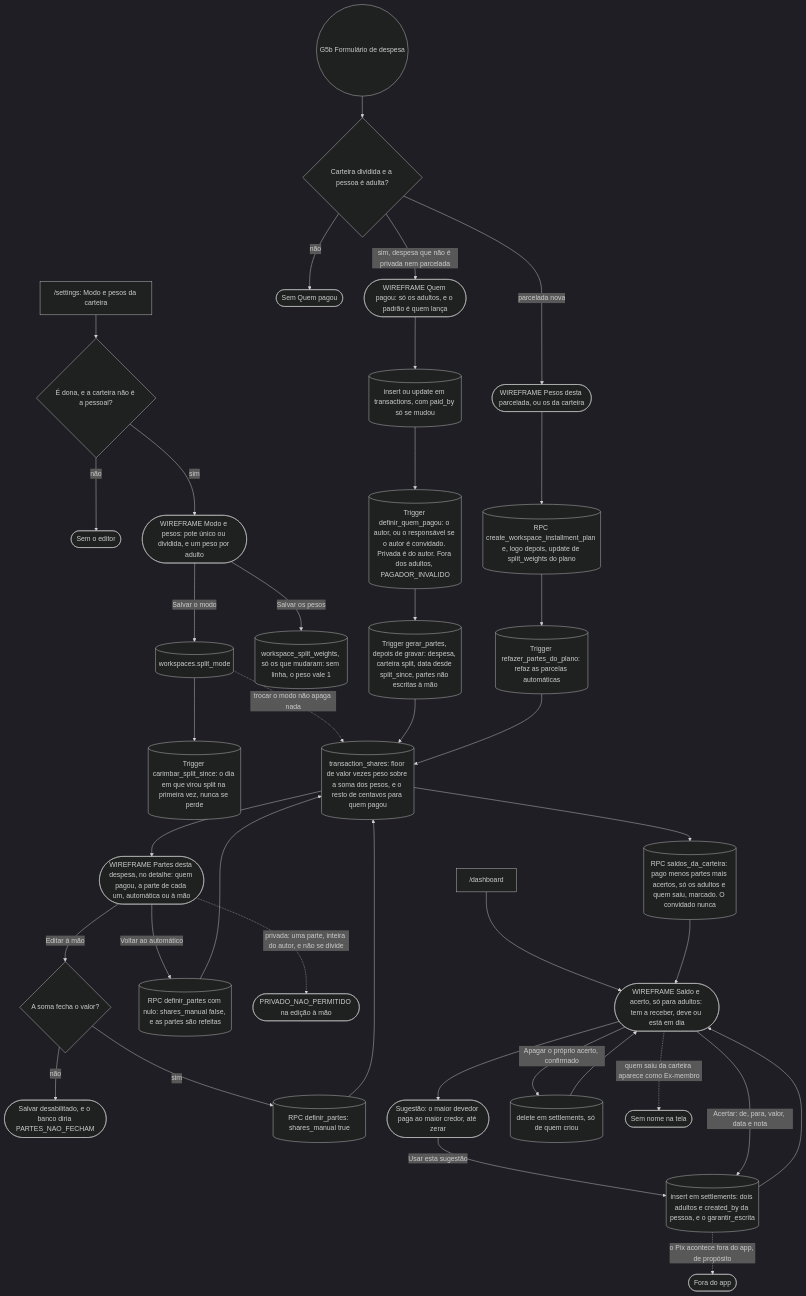
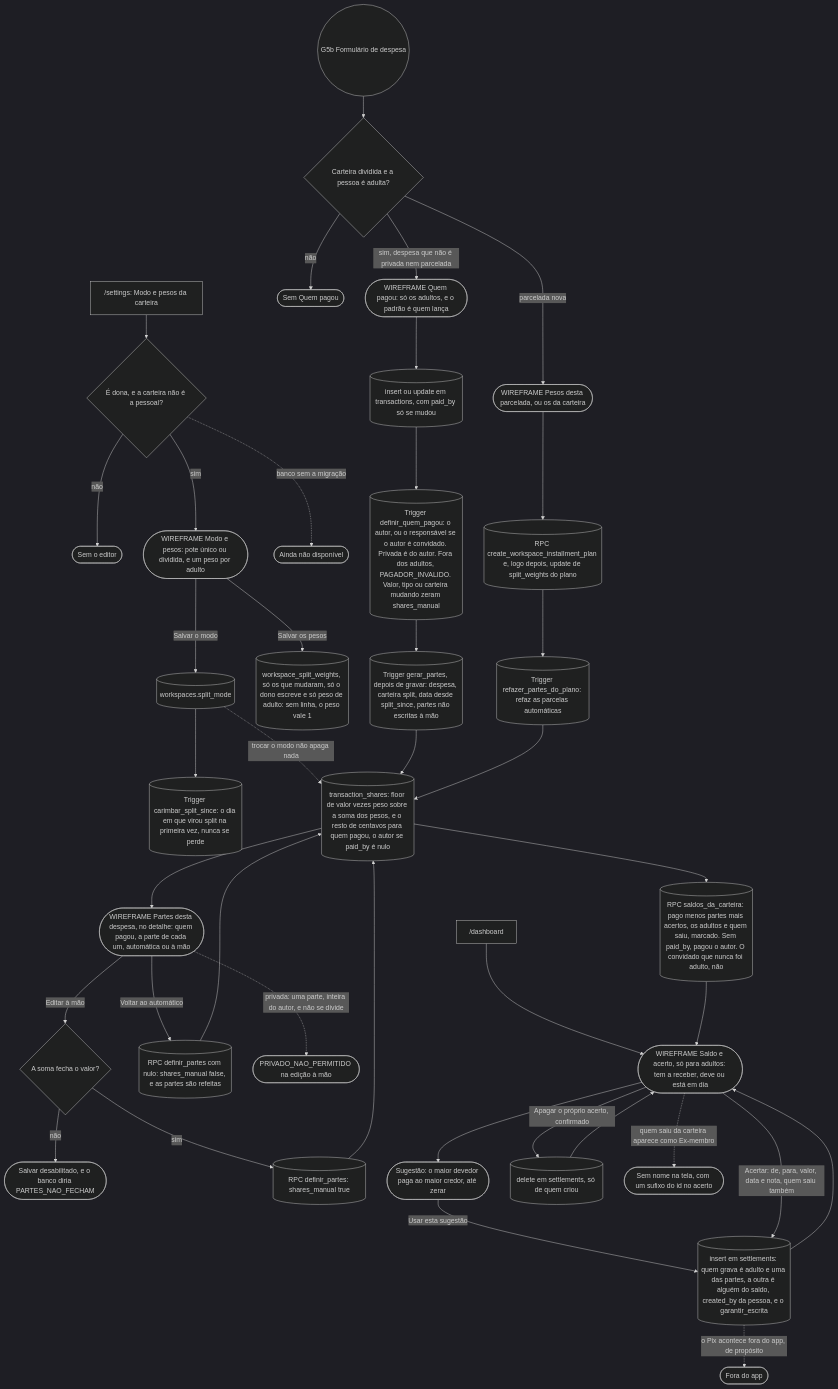
One commit to kauax2000/finance_app changed diagram 29 of 29 in docs/JORNADAS.md. Above: the diagram before and after it, drawn with Mermaid. The commit also changed other lines of this file and 13 other files, not shown here.

````diff
--- a/docs/JORNADAS.md
+++ b/docs/JORNADAS.md
@@ -1892,44 +1892,45 @@
 ```mermaid
 %%{init: {"theme": "dark"}}%%
 flowchart TD
     config["/settings: Modo e pesos da carteira"] --> dono{"É dona, e a carteira não é a pessoal?"}
     dono -->|"não"| semModo(["Sem o editor"])
     dono -->|"sim"| modo(["WIREFRAME Modo e pesos: pote único ou dividida, e um peso por adulto"])
     modo -->|"Salvar o modo"| modoDb[("workspaces.split_mode")]
     modoDb --> since[("Trigger carimbar_split_since: o dia em que virou split na primeira vez, nunca se perde")]
-    modo -->|"Salvar os pesos"| pesosDb[("workspace_split_weights, só os que mudaram: sem linha, o peso vale 1")]
+    dono -.->|"banco sem a migração"| semMig(["Ainda não disponível"])
+    modo -->|"Salvar os pesos"| pesosDb[("workspace_split_weights, só os que mudaram, só o dono escreve e só peso de adulto: sem linha, o peso vale 1")]
     modoDb -.->|"trocar o modo não apaga nada"| partesDb
 
     form(("G5b Formulário de despesa")) --> divide{"Carteira dividida e a pessoa é adulta?"}
     divide -->|"não"| semQuem(["Sem Quem pagou"])
     divide -->|"sim, despesa que não é privada nem parcelada"| quem(["WIREFRAME Quem pagou: só os adultos, e o padrão é quem lança"])
     quem --> salvar[("insert ou update em transactions, com paid_by só se mudou")]
     divide -->|"parcelada nova"| pesosPlano(["WIREFRAME Pesos desta parcelada, ou os da carteira"])
     pesosPlano --> plano[("RPC create_workspace_installment_plan e, logo depois, update de split_weights do plano")]
     plano --> planoTrg[("Trigger refazer_partes_do_plano: refaz as parcelas automáticas")]
-    salvar --> pagoTrg[("Trigger definir_quem_pagou: o autor, ou o responsável se o autor é convidado. Privada é do autor. Fora dos adultos, PAGADOR_INVALIDO")]
+    salvar --> pagoTrg[("Trigger definir_quem_pagou: o autor, ou o responsável se o autor é convidado. Privada é do autor. Fora dos adultos, PAGADOR_INVALIDO. Valor, tipo ou carteira mudando zeram shares_manual")]
     pagoTrg --> partesTrg[("Trigger gerar_partes, depois de gravar: despesa, carteira split, data desde split_since, partes não escritas à mão")]
-    partesTrg --> partesDb[("transaction_shares: floor de valor vezes peso sobre a soma dos pesos, e o resto de centavos para quem pagou")]
+    partesTrg --> partesDb[("transaction_shares: floor de valor vezes peso sobre a soma dos pesos, e o resto de centavos para quem pagou, o autor se paid_by é nulo")]
     planoTrg --> partesDb
 
     partesDb --> detalhe(["WIREFRAME Partes desta despesa, no detalhe: quem pagou, a parte de cada um, automática ou à mão"])
     detalhe -->|"Editar à mão"| soma{"A soma fecha o valor?"}
     soma -->|"não"| naoFecha(["Salvar desabilitado, e o banco diria PARTES_NAO_FECHAM"])
     soma -->|"sim"| definir[("RPC definir_partes: shares_manual true")]
     detalhe -->|"Voltar ao automático"| auto[("RPC definir_partes com nulo: shares_manual false, e as partes são refeitas")]
     detalhe -.->|"privada: uma parte, inteira do autor, e não se divide"| bloqueio(["PRIVADO_NAO_PERMITIDO na edição à mão"])
     definir --> partesDb
     auto --> partesDb
 
     painel["/dashboard"] --> saldo(["WIREFRAME Saldo e acerto, só para adultos: tem a receber, deve ou está em dia"])
-    partesDb --> saldoRpc[("RPC saldos_da_carteira: pago menos partes mais acertos, só os adultos e quem saiu, marcado. O convidado nunca")]
+    partesDb --> saldoRpc[("RPC saldos_da_carteira: pago menos partes mais acertos, os adultos e quem saiu, marcado. Sem paid_by, pagou o autor. O convidado que nunca foi adulto, não")]
     saldoRpc --> saldo
     saldo --> sugestao(["Sugestão: o maior devedor paga ao maior credor, até zerar"])
     sugestao -->|"Usar esta sugestão"| acertar
-    saldo -->|"Acertar: de, para, valor, data e nota"| acertar[("insert em settlements: dois adultos e created_by da pessoa, e o garantir_escrita")]
+    saldo -->|"Acertar: de, para, valor, data e nota, quem saiu também"| acertar[("insert em settlements: quem grava é adulto e uma das partes, a outra é alguém do saldo, created_by da pessoa, e o garantir_escrita")]
     acertar --> saldo
     saldo -->|"Apagar o próprio acerto, confirmado"| apagar[("delete em settlements, só de quem criou")]
     apagar --> saldo
     acertar -.->|"o Pix acontece fora do app, de propósito"| fora(["Fora do app"])
-    saldo -.->|"quem saiu da carteira aparece como Ex-membro"| exm(["Sem nome na tela"])
+    saldo -.->|"quem saiu da carteira aparece como Ex-membro"| exm(["Sem nome na tela, com um sufixo do id no acerto"])
 ```
````
